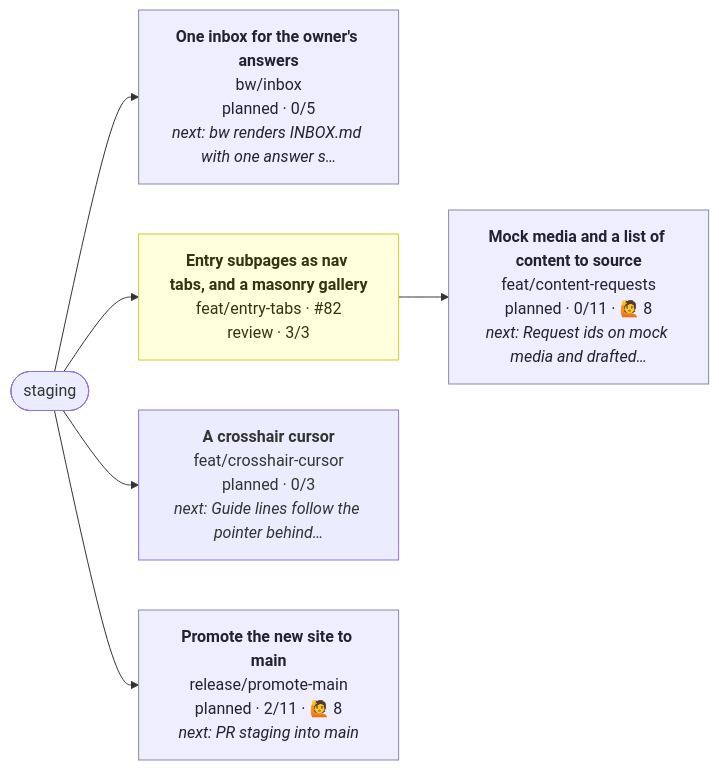
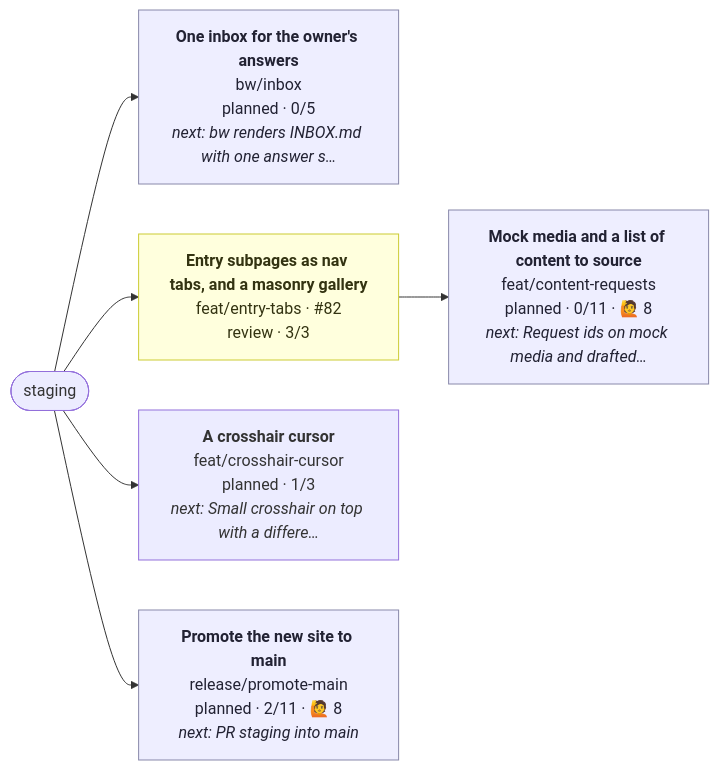
One commit to henryjonescodes/portfolio changed the diagram in CONTRIBUTING.md. Above: the diagram before and after it, drawn with Mermaid. The commit also changed other lines of this file, not shown here.

````diff
--- a/CONTRIBUTING.md
+++ b/CONTRIBUTING.md
@@ -16,24 +16,24 @@
 ```mermaid
 flowchart LR
   n_staging([staging])
   n_bw_inbox["<b>One inbox for the owner's answers</b><br/>bw/inbox<br/>planned · 0/5<br/><i>next: bw renders INBOX.md with one answer s…</i>"]
   class n_bw_inbox planned
   n_staging --> n_bw_inbox
   n_feat_content_requests["<b>Mock media and a list of content to source</b><br/>feat/content-requests<br/>planned · 0/11 · 🙋 8<br/><i>next: Request ids on mock media and drafted…</i>"]
   class n_feat_content_requests planned
   n_feat_entry_tabs --> n_feat_content_requests
-  n_feat_crosshair_cursor["<b>A crosshair cursor</b><br/>feat/crosshair-cursor<br/>planned · 0/3<br/><i>next: Guide lines follow the pointer behind…</i>"]
+  n_feat_crosshair_cursor["<b>A crosshair cursor</b><br/>feat/crosshair-cursor<br/>planned · 1/3<br/><i>next: Small crosshair on top with a differe…</i>"]
   class n_feat_crosshair_cursor planned,current
   n_staging --> n_feat_crosshair_cursor
   n_feat_entry_tabs["<b>Entry subpages as nav tabs, and a masonry gallery</b><br/>feat/entry-tabs · #82<br/>review · 3/3"]
   class n_feat_entry_tabs review
   n_staging --> n_feat_entry_tabs
   n_release_promote_main["<b>Promote the new site to main</b><br/>release/promote-main<br/>planned · 2/11 · 🙋 8<br/><i>next: PR staging into main</i>"]
   class n_release_promote_main planned
   n_staging --> n_release_promote_main
   classDef planned fill:#eef,stroke:#88a,color:#223
   classDef active fill:#dfd,stroke:#3a3,stroke-width:3px,color:#132
   classDef blocked fill:#fdd,stroke:#c33,color:#311
   classDef review fill:#ffd,stroke:#cc3,color:#331
   classDef current stroke:#06c,stroke-width:4px
 ```
````
